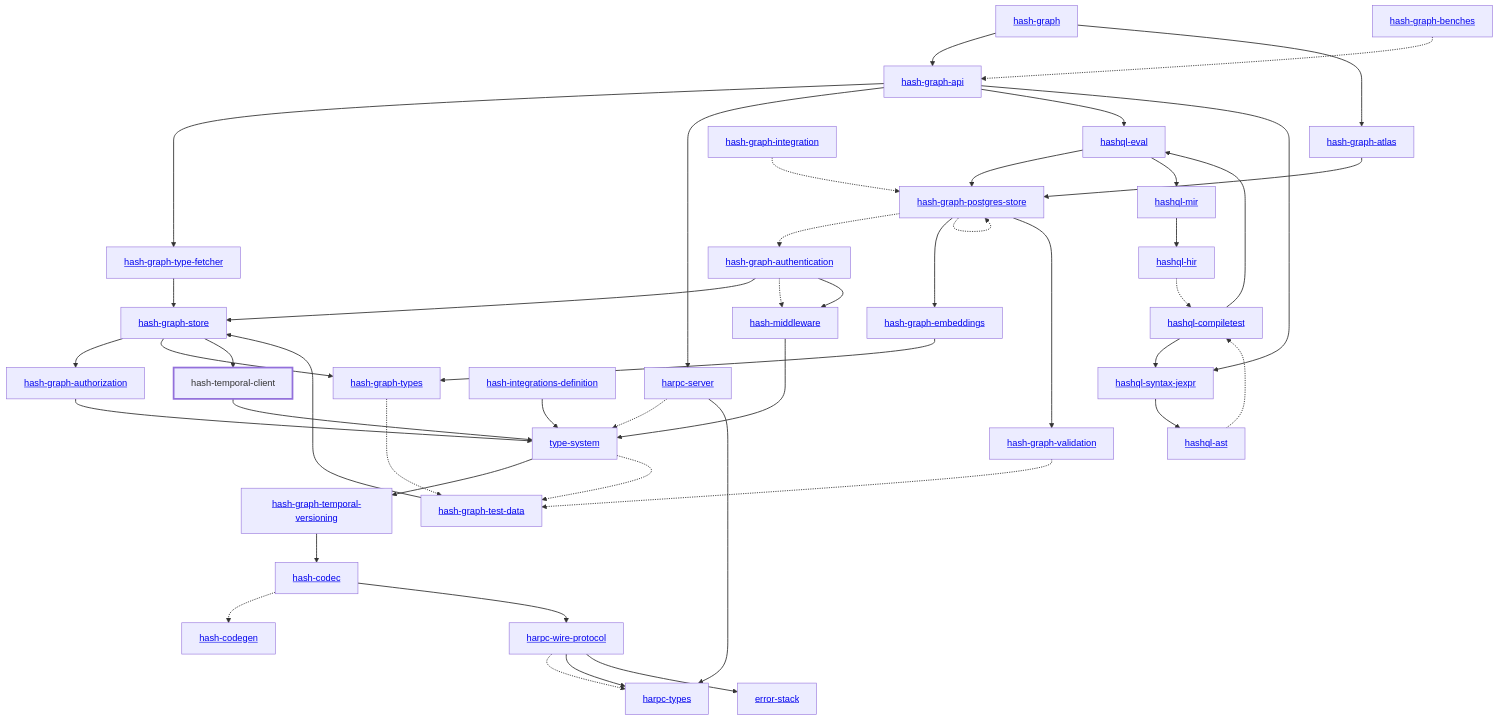
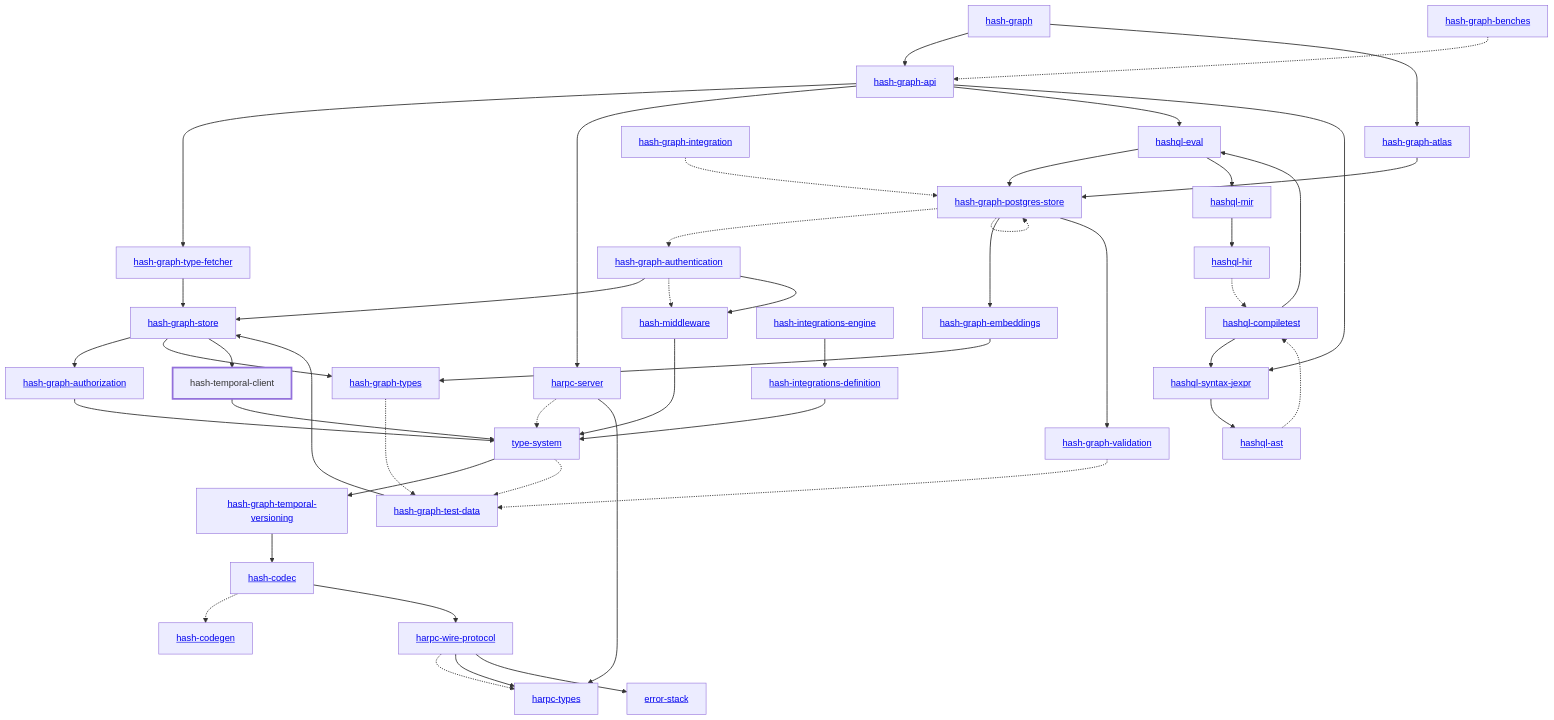
The diagram in libs/@local/temporal-client/docs/dependency-diagram.mmd (hashintel/hash), drawn with Mermaid before and after one commit. The commit also changed 19 other files, not shown here.

```diff
--- a/libs/@local/temporal-client/docs/dependency-diagram.mmd
+++ b/libs/@local/temporal-client/docs/dependency-diagram.mmd
@@ -1,88 +1,90 @@
 graph TD
     linkStyle default stroke-width:1.5px
     classDef default stroke-width:1px
     classDef root stroke-width:3px
     classDef dev stroke-width:1px
     classDef build stroke-width:1px
     %% Legend
     %% --> : Normal dependency
     %% -.-> : Dev dependency
     %% ---> : Build dependency
     0[<a href="../hash_graph/index.html">hash-graph</a>]
     1[<a href="../type_system/index.html">type-system</a>]
     2[<a href="../hash_codec/index.html">hash-codec</a>]
     3[<a href="../hash_codegen/index.html">hash-codegen</a>]
     4[<a href="../hash_graph_api/index.html">hash-graph-api</a>]
     5[<a href="../hash_graph_atlas/index.html">hash-graph-atlas</a>]
     6[<a href="../hash_graph_authentication/index.html">hash-graph-authentication</a>]
     7[<a href="../hash_graph_authorization/index.html">hash-graph-authorization</a>]
     8[<a href="../hash_graph_embeddings/index.html">hash-graph-embeddings</a>]
     9[<a href="../hash_graph_postgres_store/index.html">hash-graph-postgres-store</a>]
     10[<a href="../hash_graph_store/index.html">hash-graph-store</a>]
     11[<a href="../hash_graph_temporal_versioning/index.html">hash-graph-temporal-versioning</a>]
     12[<a href="../hash_graph_type_fetcher/index.html">hash-graph-type-fetcher</a>]
     13[<a href="../hash_graph_types/index.html">hash-graph-types</a>]
     14[<a href="../hash_graph_validation/index.html">hash-graph-validation</a>]
     15[<a href="../harpc_server/index.html">harpc-server</a>]
     16[<a href="../harpc_types/index.html">harpc-types</a>]
     17[<a href="../harpc_wire_protocol/index.html">harpc-wire-protocol</a>]
     18[<a href="../hashql_ast/index.html">hashql-ast</a>]
     19[<a href="../hashql_compiletest/index.html">hashql-compiletest</a>]
     20[<a href="../hashql_eval/index.html">hashql-eval</a>]
     21[<a href="../hashql_hir/index.html">hashql-hir</a>]
     22[<a href="../hashql_mir/index.html">hashql-mir</a>]
     23[<a href="../hashql_syntax_jexpr/index.html">hashql-syntax-jexpr</a>]
     24[<a href="../hash_integrations_definition/index.html">hash-integrations-definition</a>]
-    25[<a href="../hash_middleware/index.html">hash-middleware</a>]
-    26[hash-temporal-client]
-    class 26 root
-    27[<a href="../error_stack/index.html">error-stack</a>]
-    28[<a href="../hash_graph_benches/index.html">hash-graph-benches</a>]
-    29[<a href="../hash_graph_integration/index.html">hash-graph-integration</a>]
-    30[<a href="../hash_graph_test_data/index.html">hash-graph-test-data</a>]
+    25[<a href="../hash_integrations_engine/index.html">hash-integrations-engine</a>]
+    26[<a href="../hash_middleware/index.html">hash-middleware</a>]
+    27[hash-temporal-client]
+    class 27 root
+    28[<a href="../error_stack/index.html">error-stack</a>]
+    29[<a href="../hash_graph_benches/index.html">hash-graph-benches</a>]
+    30[<a href="../hash_graph_integration/index.html">hash-graph-integration</a>]
+    31[<a href="../hash_graph_test_data/index.html">hash-graph-test-data</a>]
     0 --> 4
     0 --> 5
     1 --> 11
-    1 -.-> 30
+    1 -.-> 31
     2 -.-> 3
     2 --> 17
     4 --> 12
     4 --> 15
     4 --> 20
     4 --> 23
     5 --> 9
     6 --> 10
-    6 -.-> 25
-    6 --> 25
+    6 -.-> 26
+    6 --> 26
     7 --> 1
     8 --> 13
     9 -.-> 6
     9 --> 8
     9 -.-> 9
     9 --> 14
     10 --> 7
     10 --> 13
-    10 --> 26
+    10 --> 27
     11 --> 2
     12 --> 10
-    13 -.-> 30
-    14 -.-> 30
+    13 -.-> 31
+    14 -.-> 31
     15 -.-> 1
     15 --> 16
     17 -.-> 16
     17 --> 16
-    17 --> 27
+    17 --> 28
     18 -.-> 19
     19 --> 20
     19 --> 23
     20 --> 9
     20 --> 22
     21 -.-> 19
     22 --> 21
     23 --> 18
     24 --> 1
-    25 --> 1
+    25 --> 24
     26 --> 1
-    28 -.-> 4
-    29 -.-> 9
-    30 --> 10
+    27 --> 1
+    29 -.-> 4
+    30 -.-> 9
+    31 --> 10
```
